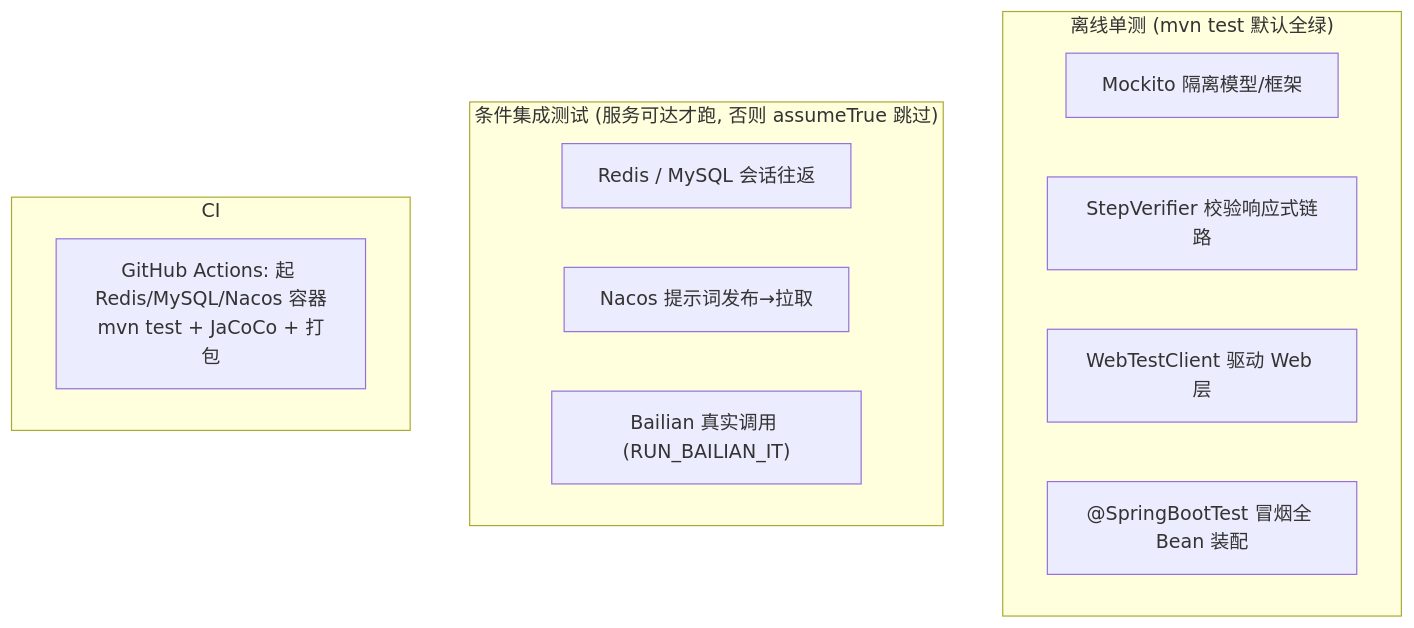
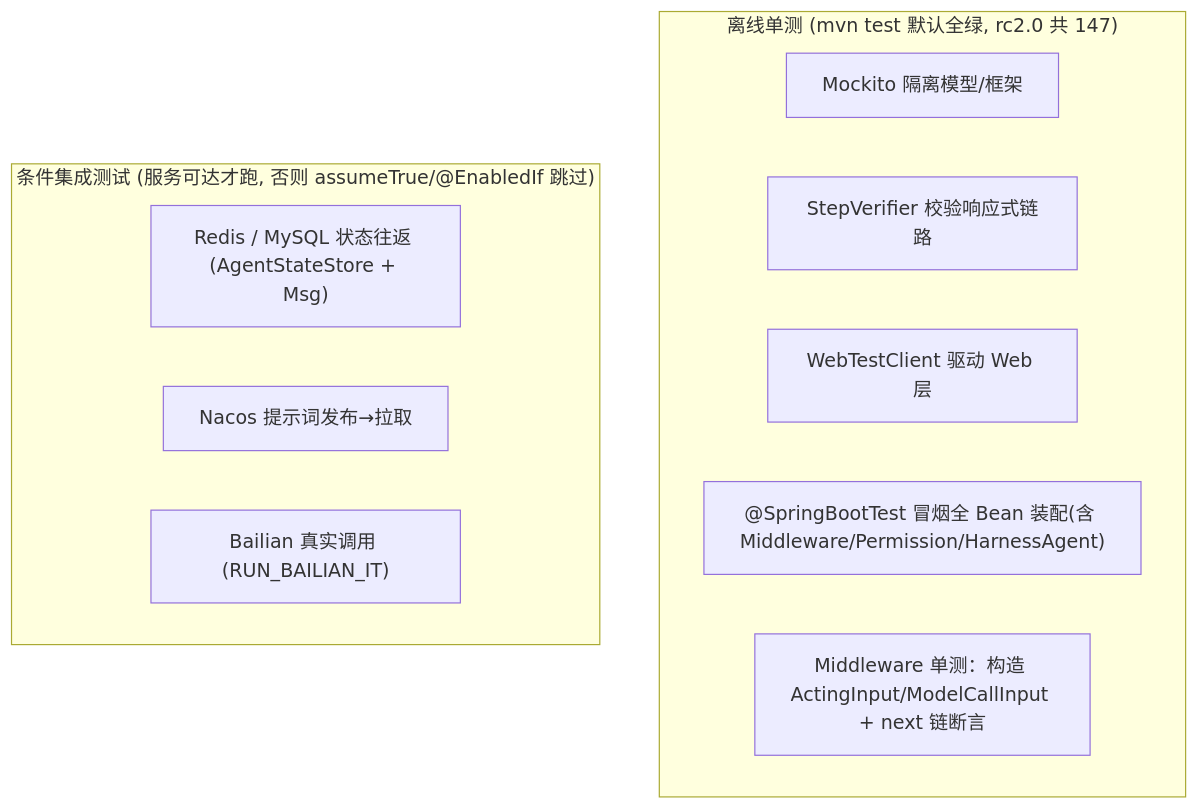
Diagram 26 of 26 in docs/详细技术文档.md (liulangjietou/customer_work), drawn with Mermaid before and after one commit. The commit also changed other lines of this file, not shown here.

First line of the commit message:
docs: 详细技术文档整篇重写为 AgentScope 2.0 版

````diff
--- a/docs/详细技术文档.md
+++ b/docs/详细技术文档.md
@@ -720,17 +803,15 @@
 ```mermaid
 flowchart TB
-    subgraph 离线单测["离线单测 (mvn test 默认全绿)"]
+    subgraph 离线单测["离线单测 (mvn test 默认全绿, rc2.0 共 147)"]
         U1["Mockito 隔离模型/框架"]
         U2["StepVerifier 校验响应式链路"]
         U3["WebTestClient 驱动 Web 层"]
-        U4["@SpringBootTest 冒烟全 Bean 装配"]
+        U4["@SpringBootTest 冒烟全 Bean 装配(含 Middleware/Permission/HarnessAgent)"]
+        U5["Middleware 单测：构造 ActingInput/ModelCallInput + next 链断言"]
     end
-    subgraph 条件集成["条件集成测试 (服务可达才跑, 否则 assumeTrue 跳过)"]
-        I1["Redis / MySQL 会话往返"]
+    subgraph 条件集成["条件集成测试 (服务可达才跑, 否则 assumeTrue/@EnabledIf 跳过)"]
+        I1["Redis / MySQL 状态往返 (AgentStateStore + Msg)"]
         I2["Nacos 提示词发布→拉取"]
         I3["Bailian 真实调用 (RUN_BAILIAN_IT)"]
     end
-    subgraph CI
-        G["GitHub Actions: 起 Redis/MySQL/Nacos 容器<br/>mvn test + JaCoCo + 打包"]
-    end
 ```
````
